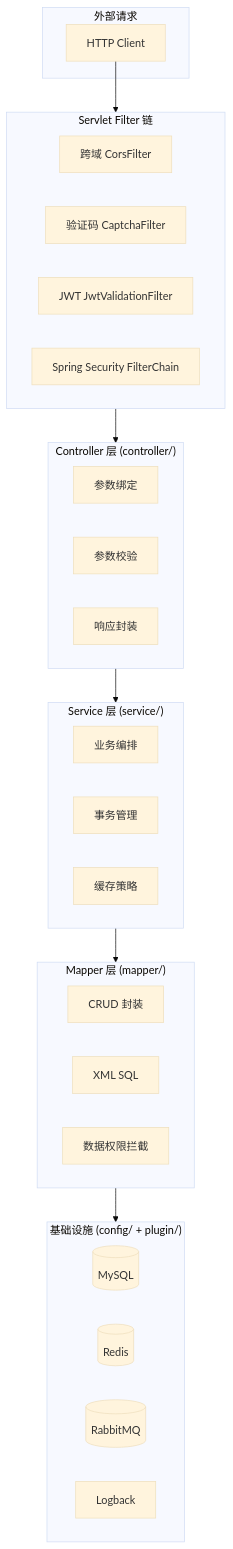
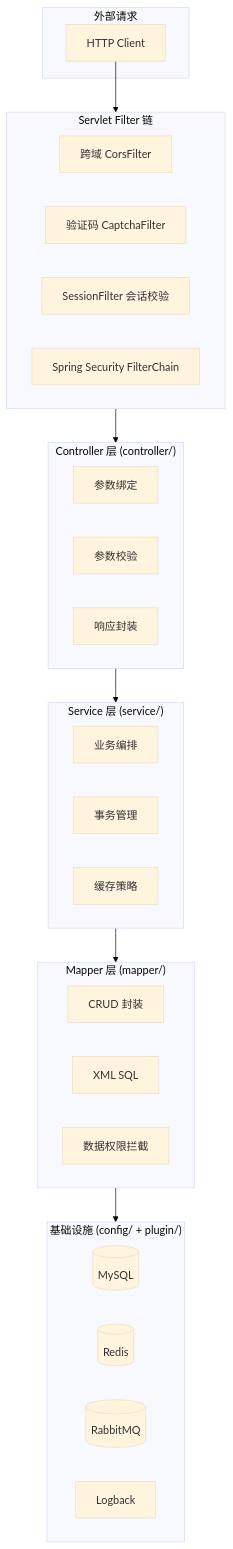
The second of 15 diagrams in dehaze-doc/docs/04-项目实现/后端/01-Java架构文档.md (earthy-zinc/dehaze-system), drawn with Mermaid (base theme) before and after one commit. The commit also changed other lines of this file and 3 other files, not shown here.

First line of the commit message:
docs: update documents to reflect switch from JWT to Session auth

````diff
--- a/dehaze-doc/docs/04-项目实现/后端/01-Java架构文档.md
+++ b/dehaze-doc/docs/04-项目实现/后端/01-Java架构文档.md
@@ -194,45 +194,45 @@
 ```mermaid
 flowchart TB
     subgraph External["外部请求"]
         Client["HTTP Client"]
     end
 
     subgraph FilterChain["Servlet Filter 链"]
         direction LR
         CORS["跨域 CorsFilter"]
         Captcha["验证码 CaptchaFilter"]
-        JWT["JWT JwtValidationFilter"]
+        Session["SessionFilter 会话校验"]
         SecurityChain["Spring Security FilterChain"]
     end
 
     subgraph Controller["Controller 层 (controller/)"]
         direction LR
         C1["参数绑定"]
         C2["参数校验"]
         C3["响应封装"]
     end
 
     subgraph Service["Service 层 (service/)"]
         direction LR
         S1["业务编排"]
         S2["事务管理"]
         S3["缓存策略"]
     end
 
     subgraph Mapper["Mapper 层 (mapper/)"]
         direction LR
         M1["CRUD 封装"]
         M2["XML SQL"]
         M3["数据权限拦截"]
     end
 
     subgraph Infrastructure["基础设施 (config/ + plugin/)"]
         direction LR
         DB[("MySQL")]
         Cache[("Redis")]
         MQ[("RabbitMQ")]
         Log["Logback"]
     end
 
     Client --> FilterChain --> Controller --> Service --> Mapper --> Infrastructure
 ```
````
